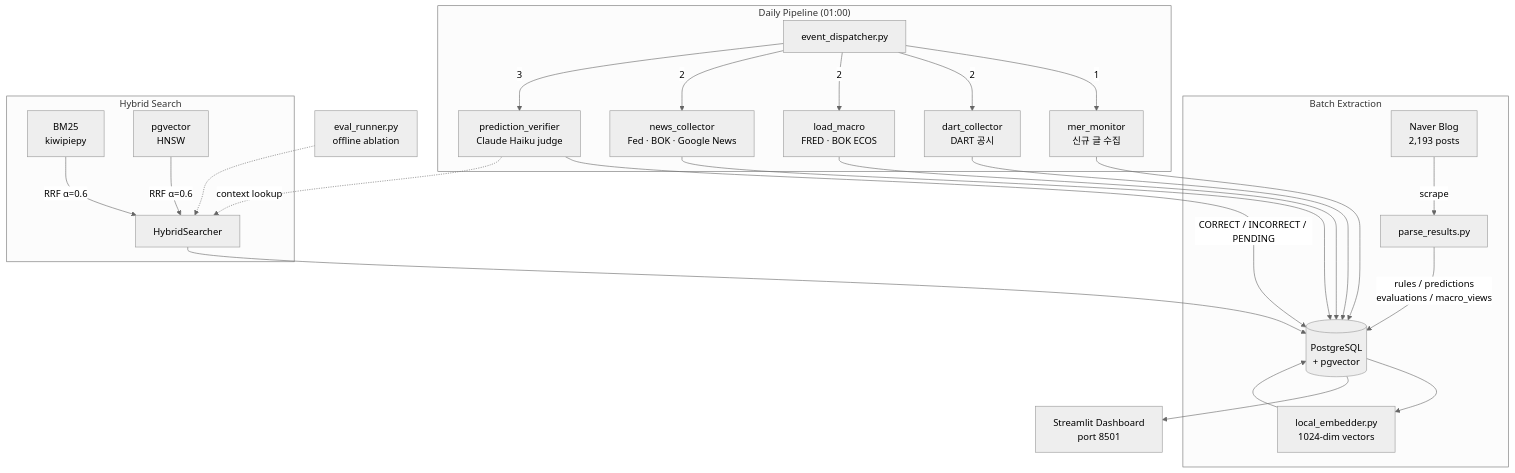
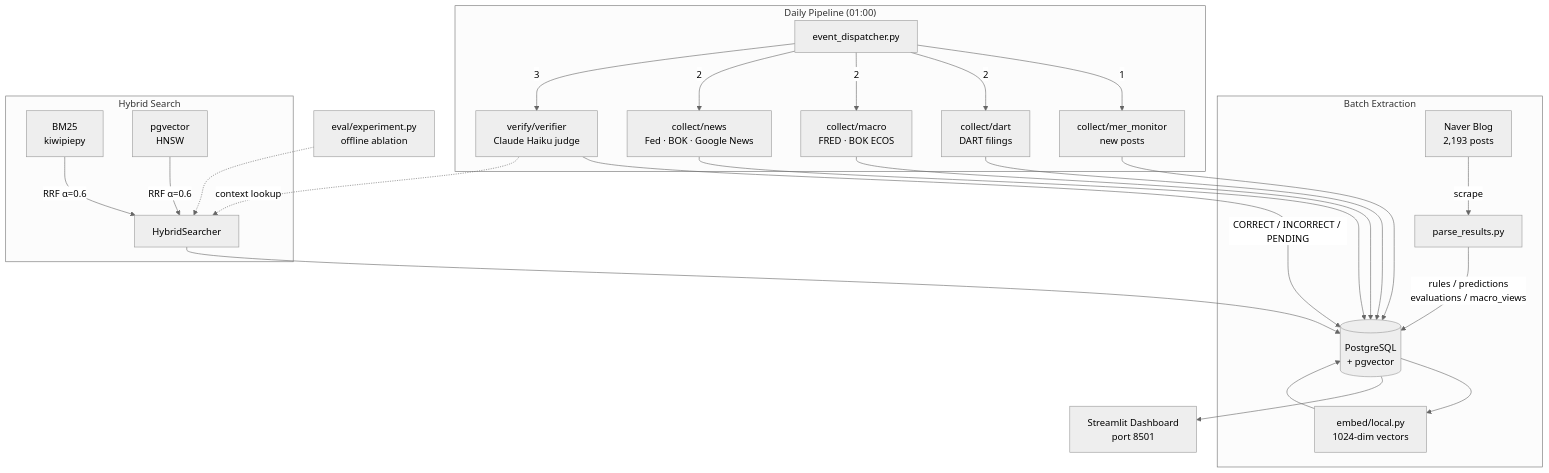
Before and after one commit to 11e3/mer-insight-pipeline: the diagram in README.md, drawn with Mermaid (neutral theme). The commit also changed other lines of this file and 61 other files, not shown here.

````diff
--- a/README.md
+++ b/README.md
@@ -15,31 +15,31 @@
 ```mermaid
 flowchart TD
     subgraph Batch Extraction
         A[Naver Blog<br>2,193 posts] -->|scrape| B[parse_results.py]
         B -->|rules / predictions<br>evaluations / macro_views| C[(PostgreSQL<br>+ pgvector)]
-        C --> EMB[local_embedder.py<br>1024-dim vectors]
+        C --> EMB[embed/local.py<br>1024-dim vectors]
         EMB --> C
     end
 
     subgraph "Daily Pipeline (01:00)"
-        ED[event_dispatcher.py] -->|1| MER[mer_monitor<br>신규 글 수집]
-        ED -->|2| DC[dart_collector<br>DART 공시]
-        ED -->|2| LM[load_macro<br>FRED · BOK ECOS]
-        ED -->|2| NC[news_collector<br>Fed · BOK · Google News]
-        ED -->|3| PV[prediction_verifier<br>Claude Haiku judge]
+        ED[event_dispatcher.py] -->|1| MER[collect/mer_monitor<br>new posts]
+        ED -->|2| DC[collect/dart<br>DART filings]
+        ED -->|2| LM[collect/macro<br>FRED · BOK ECOS]
+        ED -->|2| NC[collect/news<br>Fed · BOK · Google News]
+        ED -->|3| PV[verify/verifier<br>Claude Haiku judge]
         MER --> C
         DC & LM & NC --> C
         PV -->|CORRECT / INCORRECT / PENDING| C
     end
 
     subgraph Hybrid Search
         HS1[BM25<br>kiwipiepy] & HS2[pgvector<br>HNSW] -->|RRF α=0.6| HS3[HybridSearcher]
     end
 
     PV -.->|context lookup| HS3
     HS3 --> C
 
     C --> Q[Streamlit Dashboard<br>port 8501]
 
-    EV[eval_runner.py<br>offline ablation] -.-> HS3
+    EV[eval/experiment.py<br>offline ablation] -.-> HS3
 ```
````
